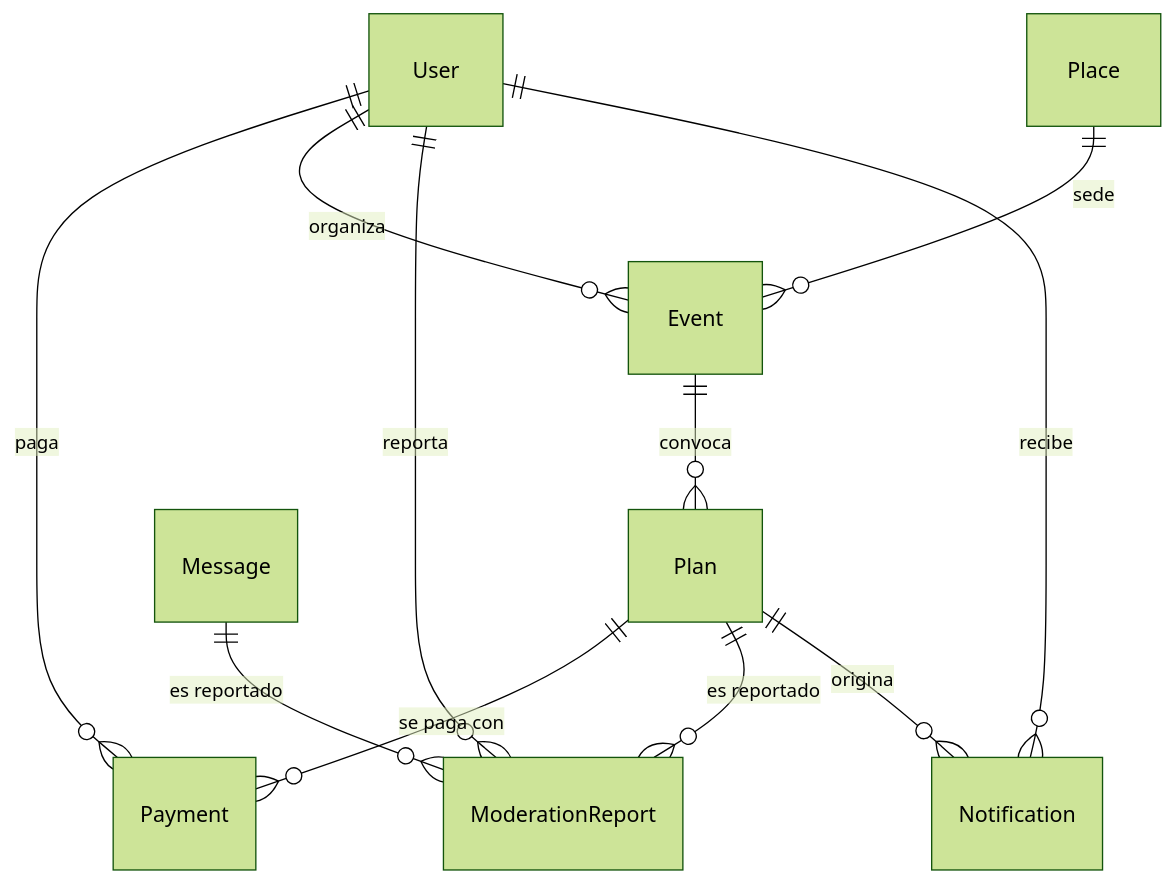
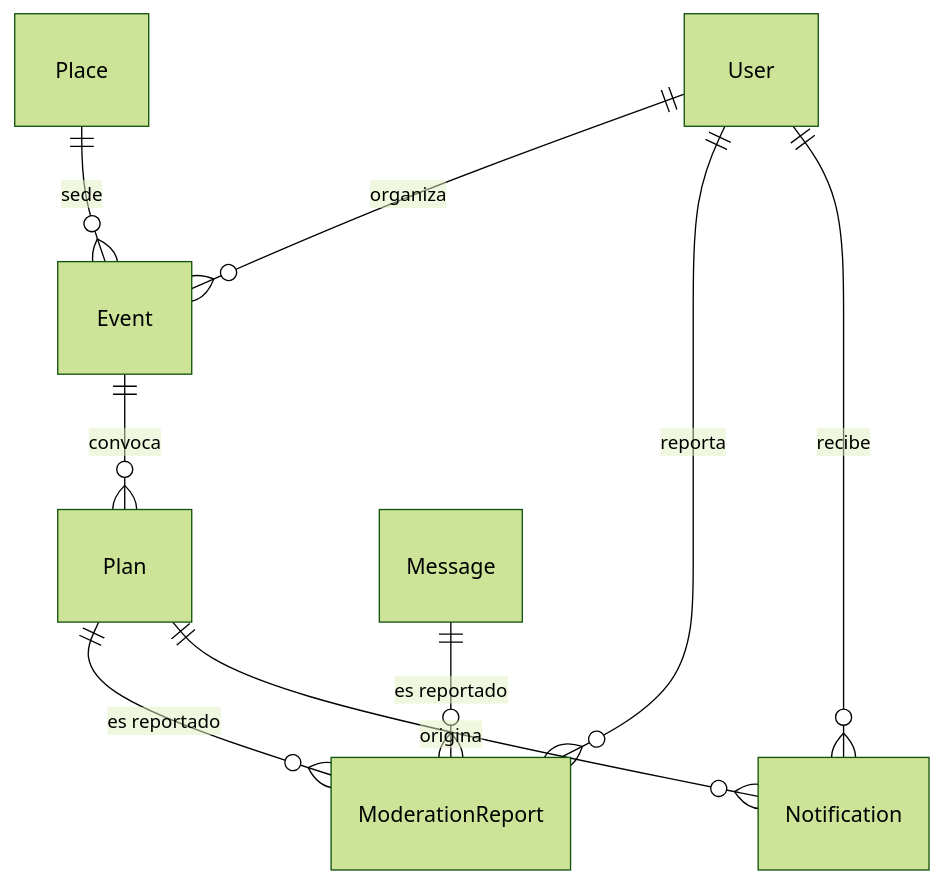
The second of 2 diagrams in docs/modelo-datos.md (axiolabs/Nexa_Unificado), drawn with Mermaid (forest theme) before and after one commit. The commit also changed other lines of this file and 29 other files, not shown here.

````diff
--- a/docs/modelo-datos.md
+++ b/docs/modelo-datos.md
@@ -176,13 +173,11 @@
 ```mermaid
 erDiagram
-    User ||--o{ Payment : "paga"
-    Plan ||--o{ Payment : "se paga con"
     Place ||--o{ Event : "sede"
     User ||--o{ Event : "organiza"
     Event ||--o{ Plan : "convoca"
     User ||--o{ ModerationReport : "reporta"
     Plan ||--o{ ModerationReport : "es reportado"
     Message ||--o{ ModerationReport : "es reportado"
     User ||--o{ Notification : "recibe"
     Plan ||--o{ Notification : "origina"
 ```
````
